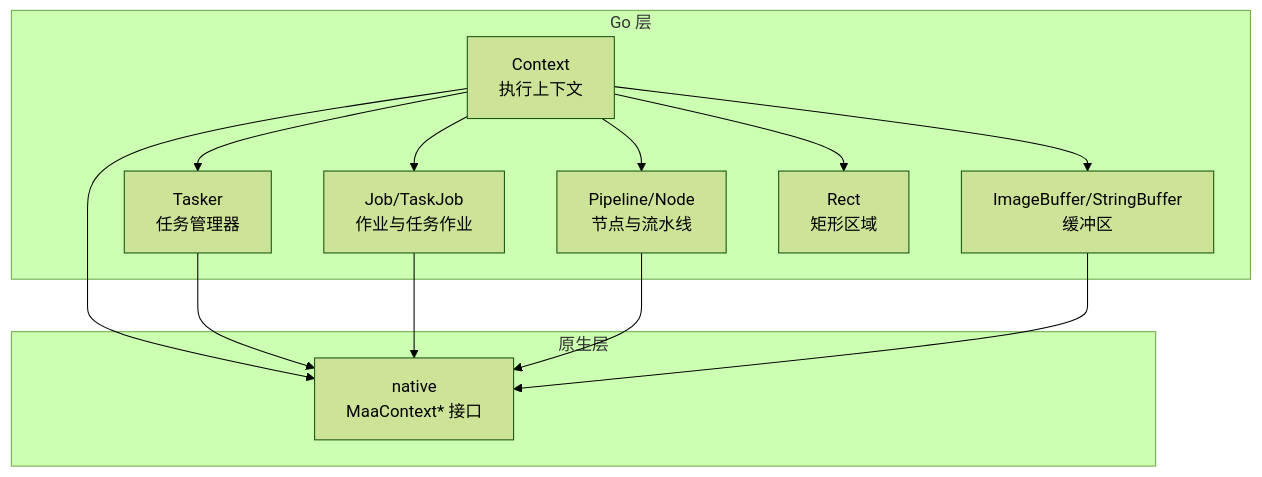
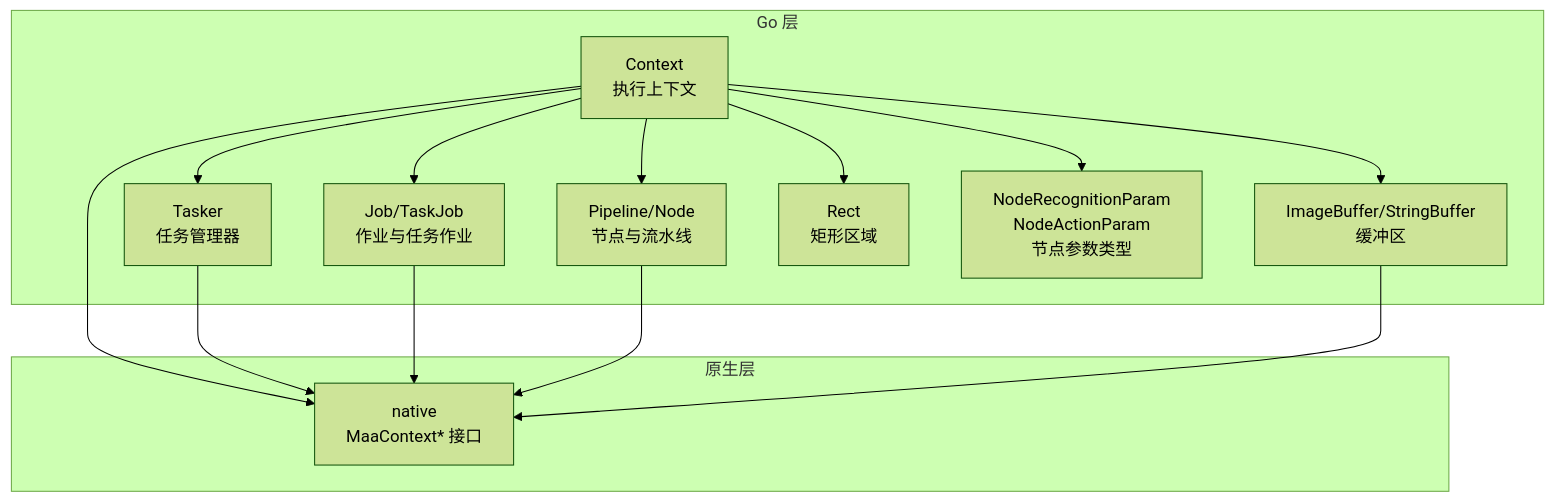
The first of 7 diagrams in instructions/maafw-golang-binding/API参考/执行上下文.md (kqcoxn/MaaPipelineEditor), drawn with Mermaid (forest theme) before and after one commit. The commit also changed other lines of this file and 10 other files, not shown here.

````diff
--- a/instructions/maafw-golang-binding/API参考/执行上下文.md
+++ b/instructions/maafw-golang-binding/API参考/执行上下文.md
@@ -53,24 +67,26 @@
 ```mermaid
 graph TB
 subgraph "Go 层"
 Ctx["Context<br/>执行上下文"]
 Tsk["Tasker<br/>任务管理器"]
 Job["Job/TaskJob<br/>作业与任务作业"]
 Pipe["Pipeline/Node<br/>节点与流水线"]
 ImgBuf["ImageBuffer/StringBuffer<br/>缓冲区"]
 Rect["Rect<br/>矩形区域"]
+NodeTypes["NodeRecognitionParam<br/>NodeActionParam<br/>节点参数类型"]
 end
 subgraph "原生层"
 Native["native<br/>MaaContext* 接口"]
 end
 Ctx --> Tsk
 Ctx --> Job
 Ctx --> Pipe
 Ctx --> ImgBuf
 Ctx --> Rect
+Ctx --> NodeTypes
 Ctx --> Native
 Tsk --> Native
 Job --> Native
 Pipe --> Native
 ImgBuf --> Native
 ```
````
